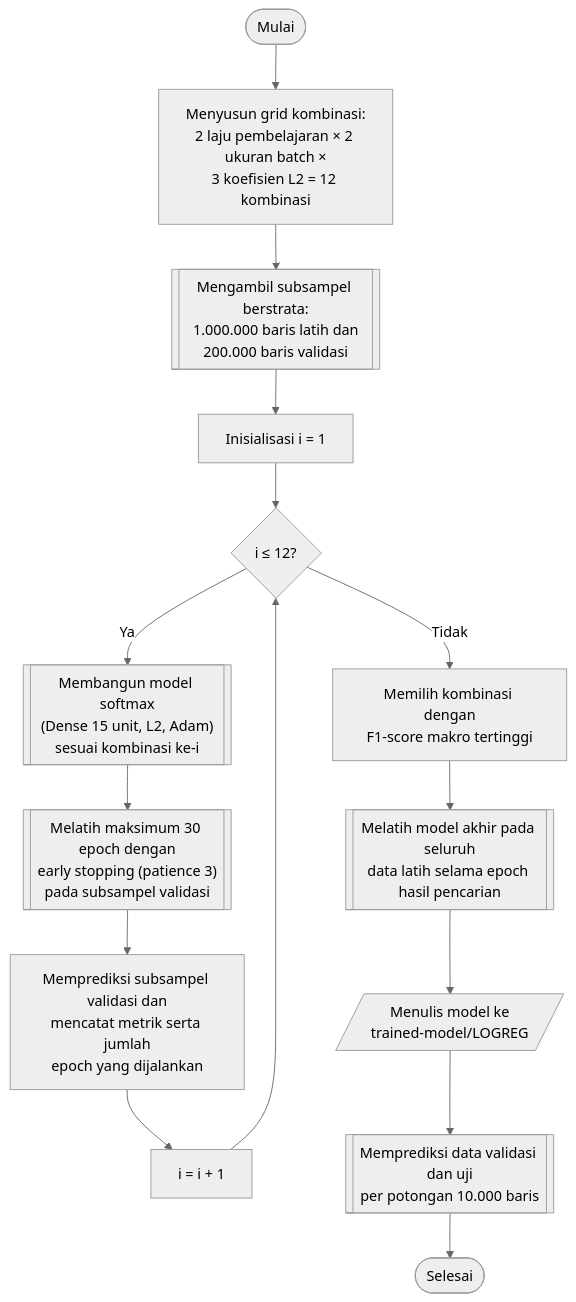
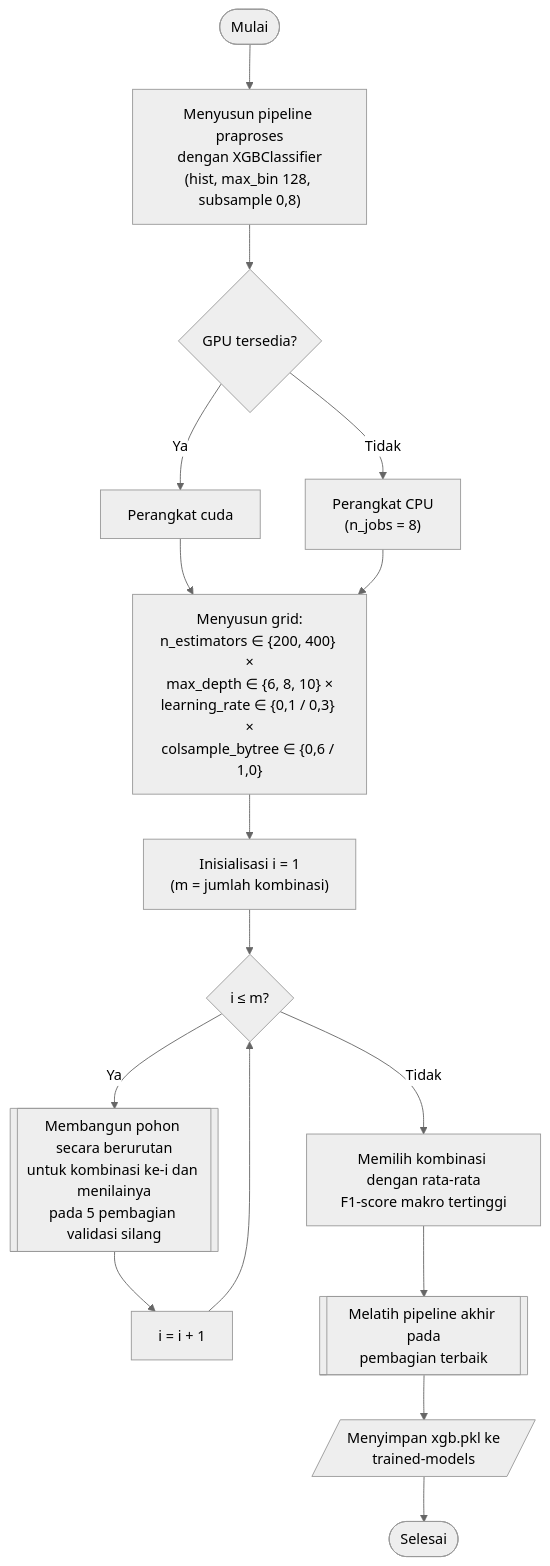
The diagram in thesis/diagram/bab_04/diagram_04_13_01.mmd (JoxNeis/mlids-robustness), drawn with Mermaid (neutral theme) before and after one commit. The commit also changed 80 other files, not shown here.

```diff
--- a/thesis/diagram/bab_04/diagram_04_13_01.mmd
+++ b/thesis/diagram/bab_04/diagram_04_13_01.mmd
@@ -1,18 +1,19 @@
 flowchart TD
     mulai(["Mulai"])
-    mulai --> grid["Menyusun grid kombinasi:<br>2 laju pembelajaran × 2 ukuran batch ×<br>3 koefisien L2 = 12 kombinasi"]
-    grid --> subsampel[["Mengambil subsampel berstrata:<br>1.000.000 baris latih dan<br>200.000 baris validasi"]]
-    subsampel --> init_i["Inisialisasi i = 1"]
-    init_i --> cek_i{"i ≤ 12?"}
+    mulai --> pipeline["Menyusun pipeline praproses<br>dengan XGBClassifier<br>(hist, max_bin 128, subsample 0,8)"]
+    pipeline --> perangkat{"GPU tersedia?"}
+    perangkat -->|"Ya"| cuda["Perangkat cuda"]
+    perangkat -->|"Tidak"| cpu["Perangkat CPU<br>(n_jobs = 8)"]
+    cuda --> grid
+    cpu --> grid["Menyusun grid:<br>n_estimators ∈ {200, 400} ×<br>max_depth ∈ {6, 8, 10} ×<br>learning_rate ∈ {0,1 / 0,3} ×<br>colsample_bytree ∈ {0,6 / 1,0}"]
+    grid --> init_i["Inisialisasi i = 1<br>(m = jumlah kombinasi)"]
+    init_i --> cek_i{"i ≤ m?"}
 
-    cek_i -->|"Ya"| bangun[["Membangun model softmax<br>(Dense 15 unit, L2, Adam)<br>sesuai kombinasi ke-i"]]
-    bangun --> latih_i[["Melatih maksimum 30 epoch dengan<br>early stopping (patience 3)<br>pada subsampel validasi"]]
-    latih_i --> nilai["Memprediksi subsampel validasi dan<br>mencatat metrik serta jumlah<br>epoch yang dijalankan"]
-    nilai --> inc_i["i = i + 1"]
+    cek_i -->|"Ya"| cv[["Membangun pohon secara berurutan<br>untuk kombinasi ke-i dan menilainya<br>pada 5 pembagian validasi silang"]]
+    cv --> inc_i["i = i + 1"]
     inc_i --> cek_i
 
-    cek_i -->|"Tidak"| pilih["Memilih kombinasi dengan<br>F1-score makro tertinggi"]
-    pilih --> latih[["Melatih model akhir pada seluruh<br>data latih selama epoch hasil pencarian"]]
-    latih --> simpan_model[/"Menulis model ke<br>trained-model/LOGREG"/]
-    simpan_model --> prediksi[["Memprediksi data validasi dan uji<br>per potongan 10.000 baris"]]
-    prediksi --> selesai(["Selesai"])
+    cek_i -->|"Tidak"| pilih["Memilih kombinasi dengan rata-rata<br>F1-score makro tertinggi"]
+    pilih --> latih[["Melatih pipeline akhir pada<br>pembagian terbaik"]]
+    latih --> simpan[/"Menyimpan xgb.pkl ke<br>trained-models"/]
+    simpan --> selesai(["Selesai"])
```
